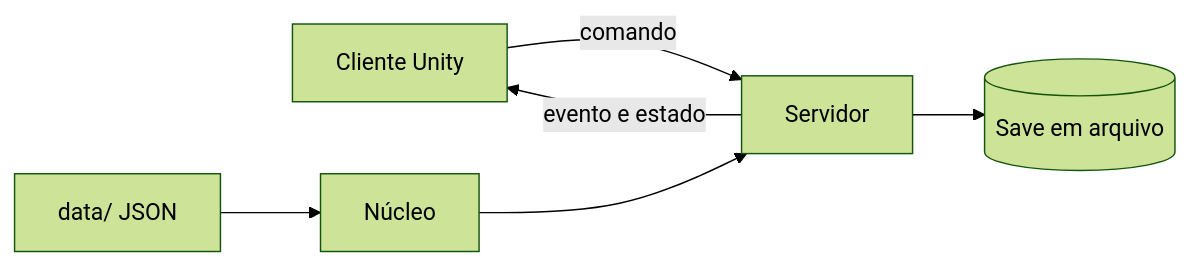
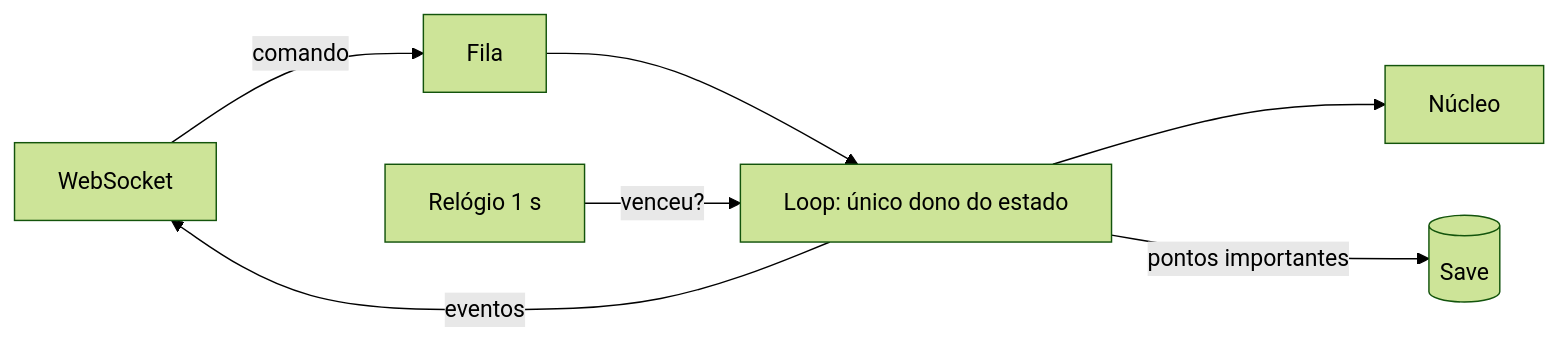
The second of 3 diagrams in docs/03-tecnico.md (sidinei-silva/eras-do-brasil), drawn with Mermaid (forest theme) before and after one commit. The commit also changed other lines of this file and 4 other files, not shown here.

````diff
--- a/docs/03-tecnico.md
+++ b/docs/03-tecnico.md
@@ -43,8 +58,9 @@
 ```mermaid
 flowchart LR
-  Cl[Cliente Unity] -->|comando| Sv[Servidor]
-  Sv -->|evento e estado| Cl
-  N[Núcleo] --> Sv
-  D[data/ JSON] --> N
-  Sv --> F[(Save em arquivo)]
+  WS[WebSocket] -->|comando| F[Fila]
+  F --> L[Loop: único dono do estado]
+  T[Relógio 1 s] -->|venceu?| L
+  L --> N[Núcleo]
+  L -->|eventos| WS
+  L -->|pontos importantes| Sv[(Save)]
 ```
````
